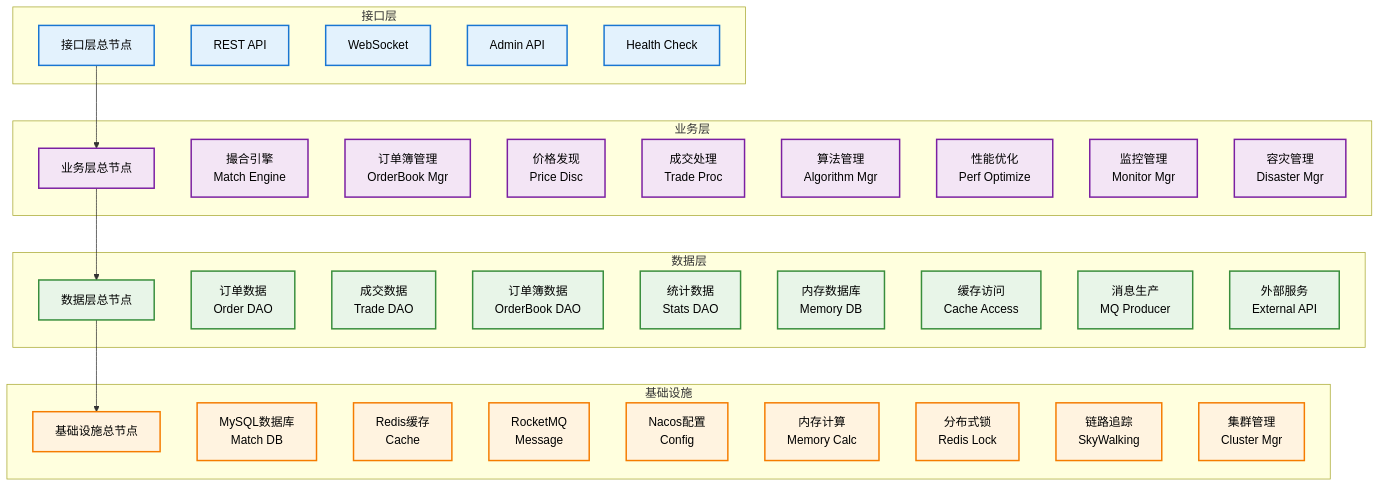
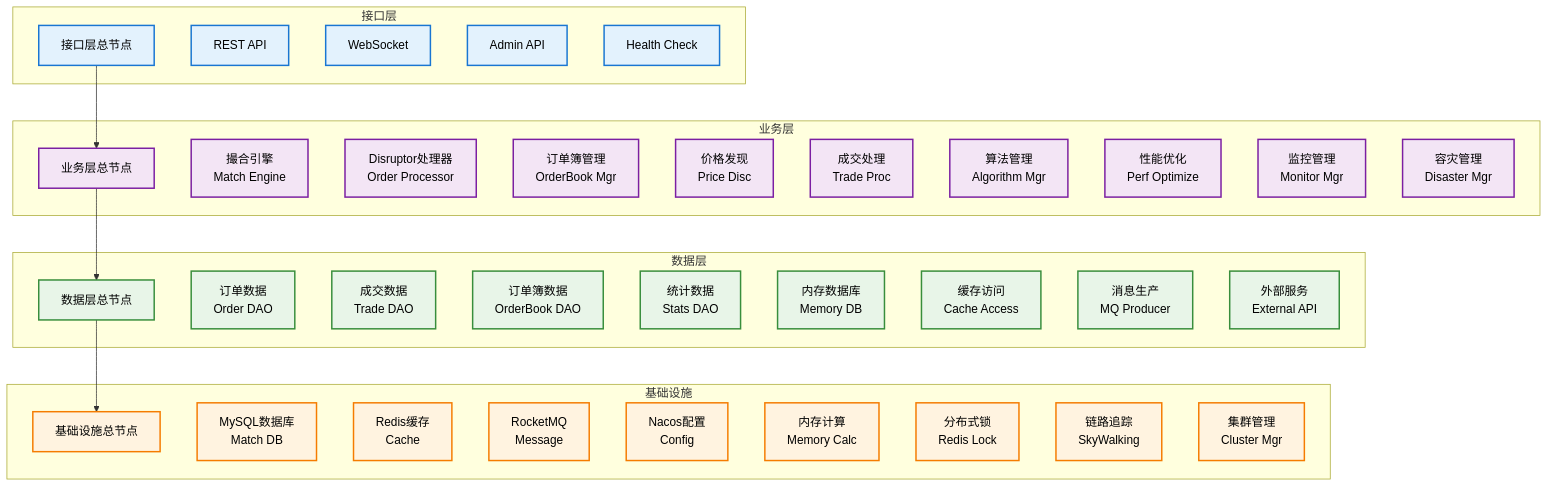
The first of 11 diagrams in docs/services/match-service/README.md (suogongy/pp-cex), drawn with Mermaid before and after one commit. The commit also changed other lines of this file and 25 other files, not shown here.

````diff
--- a/docs/services/match-service/README.md
+++ b/docs/services/match-service/README.md
@@ -25,62 +25,63 @@
 ```mermaid
 graph TB
     subgraph "接口层"
         INTERFACE[接口层总节点]
         REST[REST API]
         WS[WebSocket]
         Admin[Admin API]
         Health[Health Check]
     end
 
     subgraph "业务层"
         BUSINESS[业务层总节点]
         MatchEngine[撮合引擎<br>Match Engine]
+        DisruptorProc[Disruptor处理器<br>Order Processor]
         OrderBook[订单簿管理<br>OrderBook Mgr]
         PriceDisc[价格发现<br>Price Disc]
         TradeProc[成交处理<br>Trade Proc]
         Algorithm[算法管理<br>Algorithm Mgr]
         PerfOpt[性能优化<br>Perf Optimize]
         Monitor[监控管理<br>Monitor Mgr]
         Disaster[容灾管理<br>Disaster Mgr]
     end
 
     subgraph "数据层"
         DATA[数据层总节点]
         OrderDAO[订单数据<br>Order DAO]
         TradeDAO[成交数据<br>Trade DAO]
         OrderBookDAO[订单簿数据<br>OrderBook DAO]
         StatsDAO[统计数据<br>Stats DAO]
         MemoryDB[内存数据库<br>Memory DB]
         Cache[缓存访问<br>Cache Access]
         MQProducer[消息生产<br>MQ Producer]
         ExternalAPI[外部服务<br>External API]
     end
 
     subgraph "基础设施"
         INFRA[基础设施总节点]
         MySQL[MySQL数据库<br>Match DB]
         Redis[Redis缓存<br>Cache]
         RocketMQ[RocketMQ<br>Message]
         Nacos[Nacos配置<br>Config]
         MemoryCalc[内存计算<br>Memory Calc]
         RedisLock[分布式锁<br>Redis Lock]
         SkyWalking[链路追踪<br>SkyWalking]
         Cluster[集群管理<br>Cluster Mgr]
     end
 
     %% 简单层级连接
     INTERFACE --> BUSINESS
     BUSINESS --> DATA
     DATA --> INFRA
 
     %% 样式定义
     classDef interfaceLayer fill:#e3f2fd,stroke:#1976d2,stroke-width:2px,color:#000
     classDef businessLayer fill:#f3e5f5,stroke:#7b1fa2,stroke-width:2px,color:#000
     classDef dataLayer fill:#e8f5e8,stroke:#388e3c,stroke-width:2px,color:#000
     classDef infraLayer fill:#fff3e0,stroke:#f57c00,stroke-width:2px,color:#000
 
     class INTERFACE,REST,WS,Admin,Health interfaceLayer
-    class BUSINESS,MatchEngine,OrderBook,PriceDisc,TradeProc,Algorithm,PerfOpt,Monitor,Disaster businessLayer
+    class BUSINESS,MatchEngine,DisruptorProc,OrderBook,PriceDisc,TradeProc,Algorithm,PerfOpt,Monitor,Disaster businessLayer
     class DATA,OrderDAO,TradeDAO,OrderBookDAO,StatsDAO,MemoryDB,Cache,MQProducer,ExternalAPI dataLayer
     class INFRA,MySQL,Redis,RocketMQ,Nacos,MemoryCalc,RedisLock,SkyWalking,Cluster infraLayer
 ```
````
